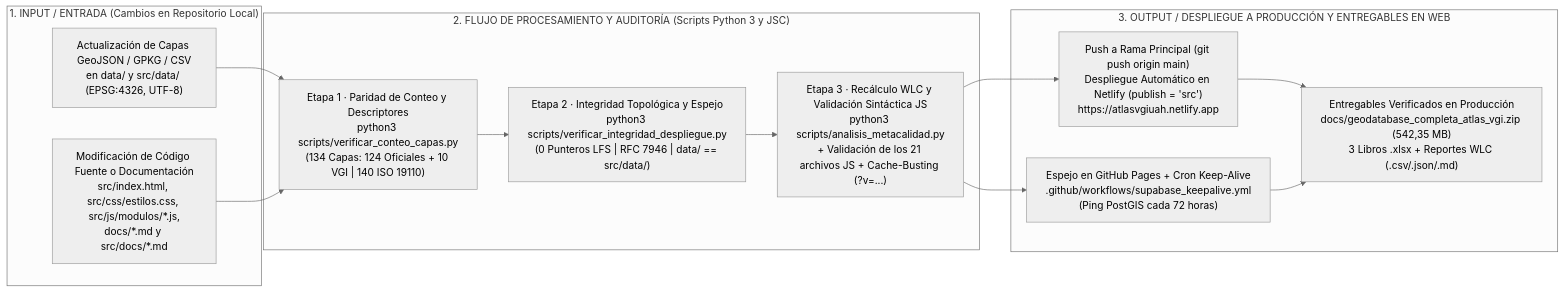
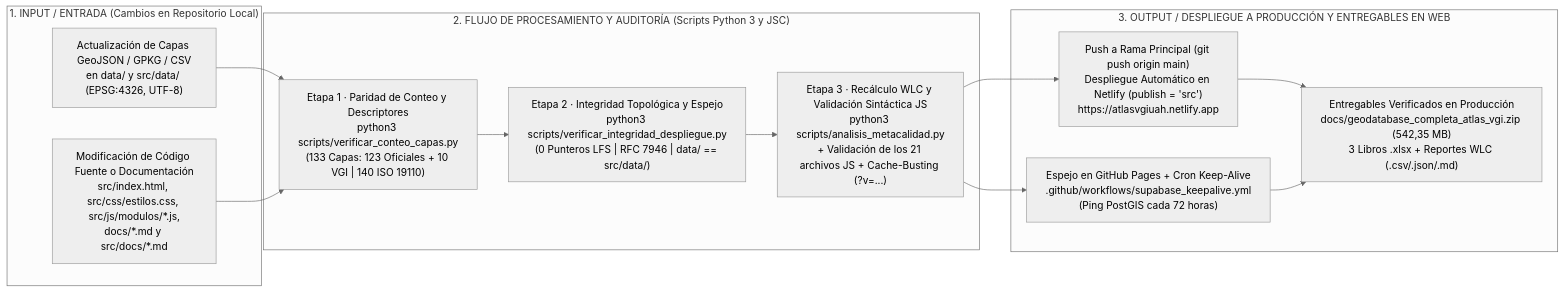
Before and after one commit to GEOJOTA/atlas-vgi-barrio-brasil: the first of 2 diagrams in PROTOCOL_INTEGRIDAD_Y_DESPLIEGUE.md, drawn with Mermaid (neutral theme). The commit also changed other lines of this file and 142 other files, not shown here.

````diff
--- a/PROTOCOL_INTEGRIDAD_Y_DESPLIEGUE.md
+++ b/PROTOCOL_INTEGRIDAD_Y_DESPLIEGUE.md
@@ -19,22 +19,22 @@
 ```mermaid
 flowchart LR
     subgraph IN["1. INPUT / ENTRADA (Cambios en Repositorio Local)"]
         E1["Actualización de Capas GeoJSON / GPKG / CSV<br/>en data/ y src/data/ (EPSG:4326, UTF-8)"]
         E2["Modificación de Código Fuente o Documentación<br/>src/index.html, src/css/estilos.css, src/js/modulos/*.js,<br/>docs/*.md y src/docs/*.md"]
     end
 
     subgraph PROC["2. FLUJO DE PROCESAMIENTO Y AUDITORÍA (Scripts Python 3 y JSC)"]
-        V1["Etapa 1 · Paridad de Conteo y Descriptores<br/>python3 scripts/verificar_conteo_capas.py<br/>(134 Capas: 124 Oficiales + 10 VGI | 140 ISO 19110)"]
+        V1["Etapa 1 · Paridad de Conteo y Descriptores<br/>python3 scripts/verificar_conteo_capas.py<br/>(133 Capas: 123 Oficiales + 10 VGI | 140 ISO 19110)"]
         V2["Etapa 2 · Integridad Topológica y Espejo<br/>python3 scripts/verificar_integridad_despliegue.py<br/>(0 Punteros LFS | RFC 7946 | data/ == src/data/)"]
         V3["Etapa 3 · Recálculo WLC y Validación Sintáctica JS<br/>python3 scripts/analisis_metacalidad.py<br/>+ Validación de los 21 archivos JS + Cache-Busting (?v=...)"]
     end
 
     subgraph OUT["3. OUTPUT / DESPLIEGUE A PRODUCCIÓN Y ENTREGABLES EN WEB"]
         D1["Push a Rama Principal (git push origin main)<br/>Despliegue Automático en Netlify (publish = 'src')<br/>https://atlasvgiuah.netlify.app"]
         D2["Espejo en GitHub Pages + Cron Keep-Alive<br/>.github/workflows/supabase_keepalive.yml<br/>(Ping PostGIS cada 72 horas)"]
         D3["Entregables Verificados en Producción<br/>docs/geodatabase_completa_atlas_vgi.zip (542,35 MB)<br/>3 Libros .xlsx + Reportes WLC (.csv/.json/.md)"]
     end
 
     E1 & E2 --> V1 --> V2 --> V3
     V3 --> D1 & D2 --> D3
 ```
````
